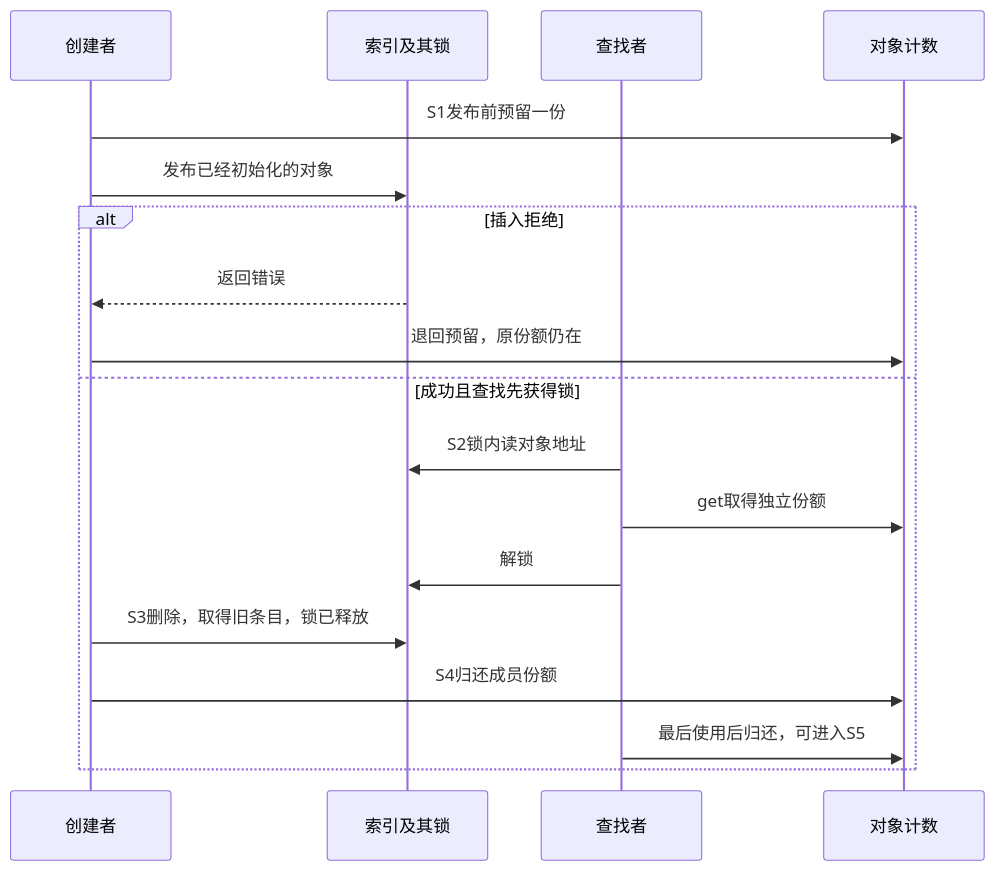
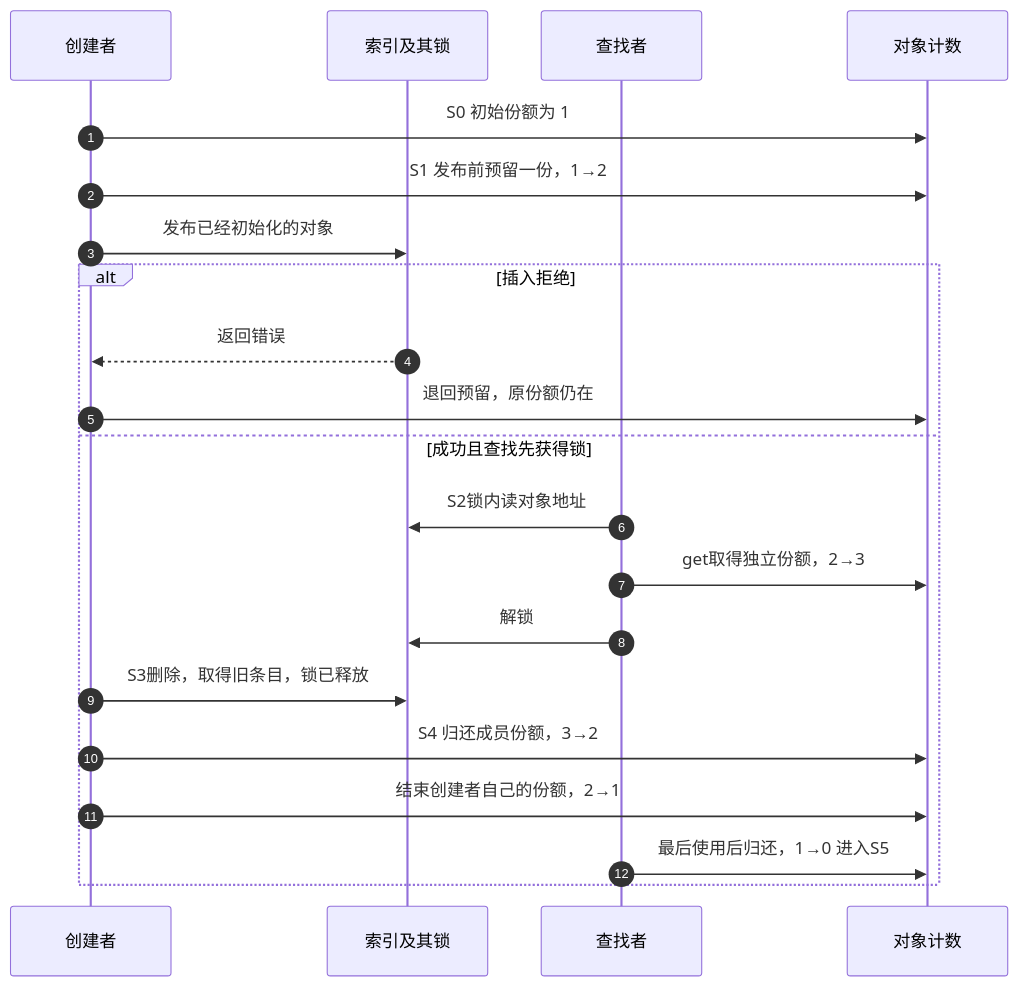
Before and after one commit to FormingSystem/linux_note: the first of 2 diagrams in research/source_reading/kref/navigation/P06_整数索引与拥有型查找导读.md, drawn with Mermaid. The commit also changed other lines of this file and 1 other file, not shown here.

Commit message:
docs(kref/navigation): 补全索引责任与诊断状态边界
- 索引时序补回创建者初始份额并逐步核对计数

- 诊断导读补充影子状态关系与报告参数作用，四篇导读图表和链接检查通过

````diff
--- a/research/source_reading/kref/navigation/P06_整数索引与拥有型查找导读.md
+++ b/research/source_reading/kref/navigation/P06_整数索引与拥有型查找导读.md
@@ -31,20 +33,23 @@
 ```mermaid
 sequenceDiagram
+    autonumber
     participant C as 创建者
     participant I as 索引及其锁
     participant L as 查找者
     participant R as 对象计数
-    C->>R: S1发布前预留一份
+    C->>R: S0 初始份额为 1
+    C->>R: S1 发布前预留一份，1→2
     C->>I: 发布已经初始化的对象
     alt 插入拒绝
         I-->>C: 返回错误
         C->>R: 退回预留，原份额仍在
     else 成功且查找先获得锁
         L->>I: S2锁内读对象地址
-        L->>R: get取得独立份额
+        L->>R: get取得独立份额，2→3
         L->>I: 解锁
         C->>I: S3删除，取得旧条目，锁已释放
-        C->>R: S4归还成员份额
-        L->>R: 最后使用后归还，可进入S5
+        C->>R: S4 归还成员份额，3→2
+        C->>R: 结束创建者自己的份额，2→1
+        L->>R: 最后使用后归还，1→0 进入S5
     end
 ```
````
